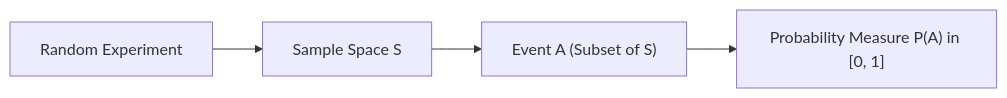
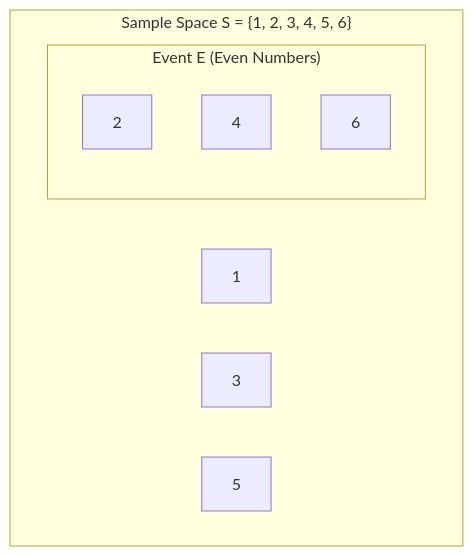
Before and after one commit to S1h2i3v4a/AI_ML: the diagram in lecture_20/Notes_20.02/README_HINGLISH.md, drawn with Mermaid. The commit also changed other lines of this file and 203 other files, not shown here.

Commit message:
docs(lectures 19-21): align notes with video lectures, add blackboard diagrams, clean structured functions, and compile vector PDFs

````diff
--- a/lecture_20/Notes_20.02/README_HINGLISH.md
+++ b/lecture_20/Notes_20.02/README_HINGLISH.md
@@ -15,6 +41,13 @@
 ```mermaid
-flowchart LR
-    A["Random Experiment"] --> B["Sample Space S"]
-    B --> C["Event A (Subset of S)"]
-    C --> D["Probability Measure P(A) in [0, 1]"]
+flowchart TD
+    subgraph SampleSpace["Sample Space S = {1, 2, 3, 4, 5, 6}"]
+        subgraph EventE["Event E (Even Numbers)"]
+            E1["2"]
+            E2["4"]
+            E3["6"]
+        end
+        O1["1"]
+        O2["3"]
+        O3["5"]
+    end
 ```
````
